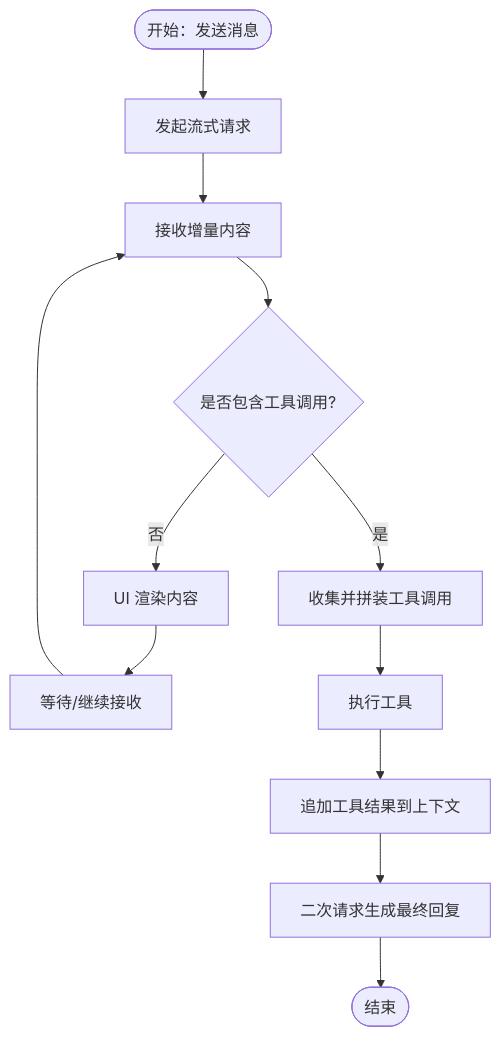
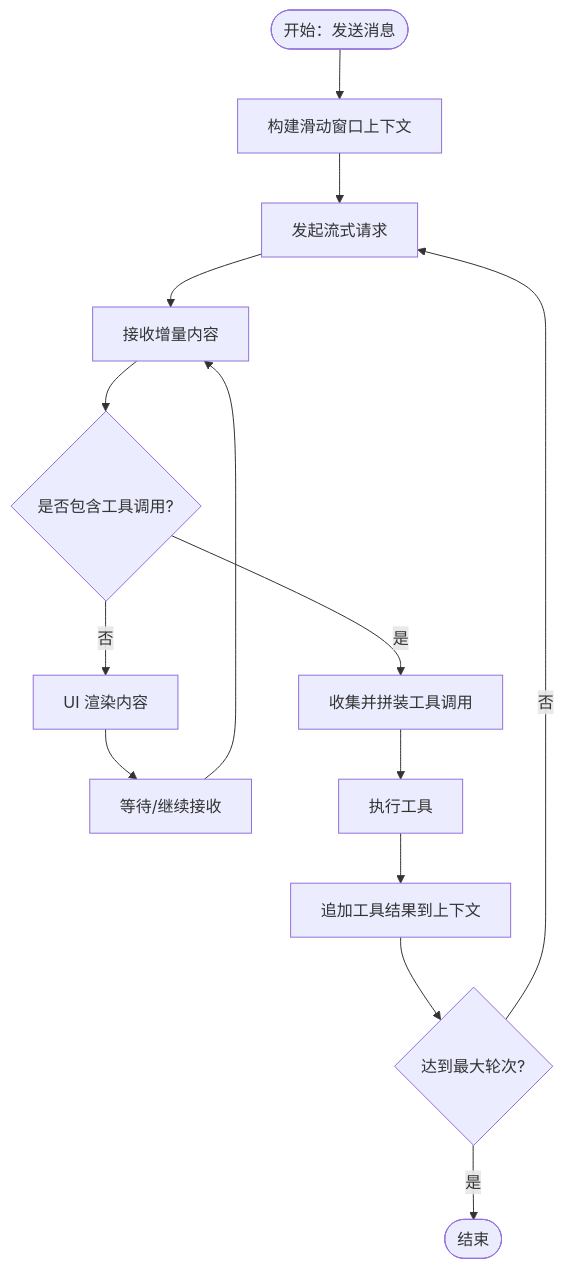
The fourth of 9 diagrams in .qoder/repowiki/zh/content/AI智能助手集成/AI智能助手集成.md (skyeyinkun/HAUI), drawn with Mermaid before and after one commit. The commit also changed other lines of this file and 23 other files, not shown here.

````diff
--- a/.qoder/repowiki/zh/content/AI智能助手集成/AI智能助手集成.md
+++ b/.qoder/repowiki/zh/content/AI智能助手集成/AI智能助手集成.md
@@ -195,13 +221,15 @@
 ```mermaid
 flowchart TD
-Start(["开始：发送消息"]) --> Stream["发起流式请求"]
+Start(["开始：发送消息"]) --> BuildContext["构建滑动窗口上下文"]
+BuildContext --> Stream["发起流式请求"]
 Stream --> Receive["接收增量内容"]
 Receive --> ToolCheck{"是否包含工具调用?"}
 ToolCheck --> |否| Render["UI 渲染内容"] --> Wait["等待/继续接收"]
 ToolCheck --> |是| Collect["收集并拼装工具调用"]
 Collect --> Exec["执行工具"]
 Exec --> Append["追加工具结果到上下文"]
-Append --> Second["二次请求生成最终回复"]
-Second --> Done(["结束"])
+Append --> RoundCheck{"达到最大轮次?"}
+RoundCheck --> |否| Stream
+RoundCheck --> |是| Done(["结束"])
 Wait --> Receive
 ```
````
